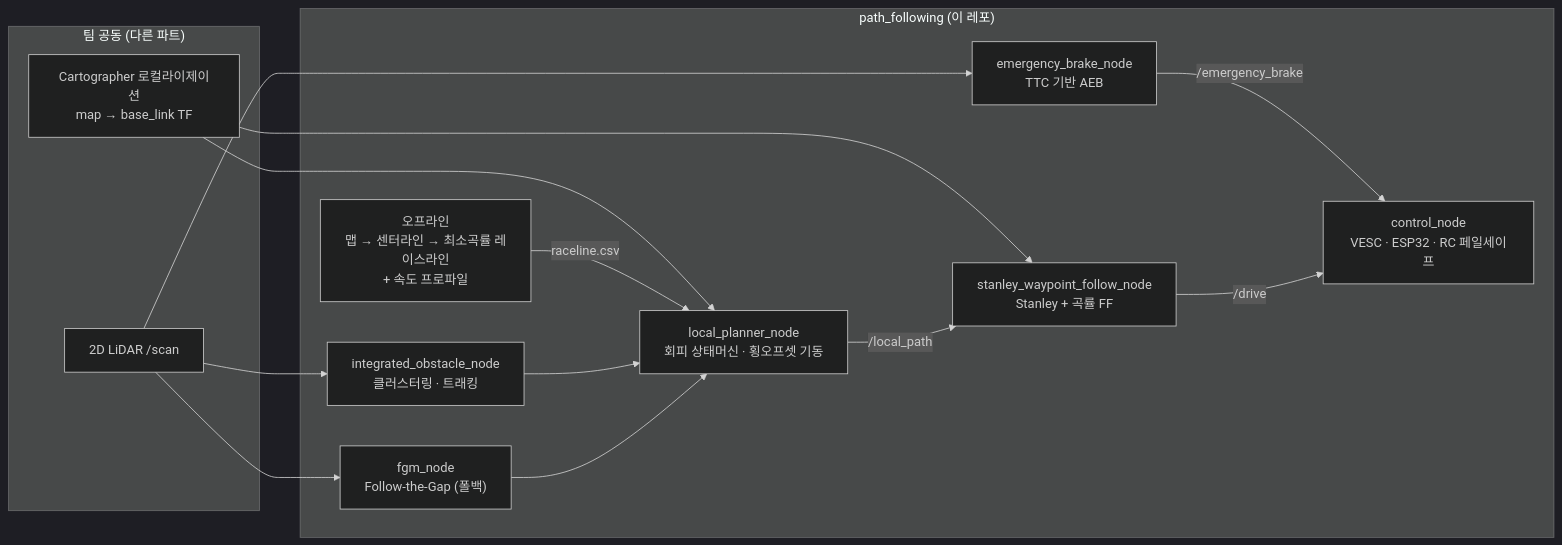
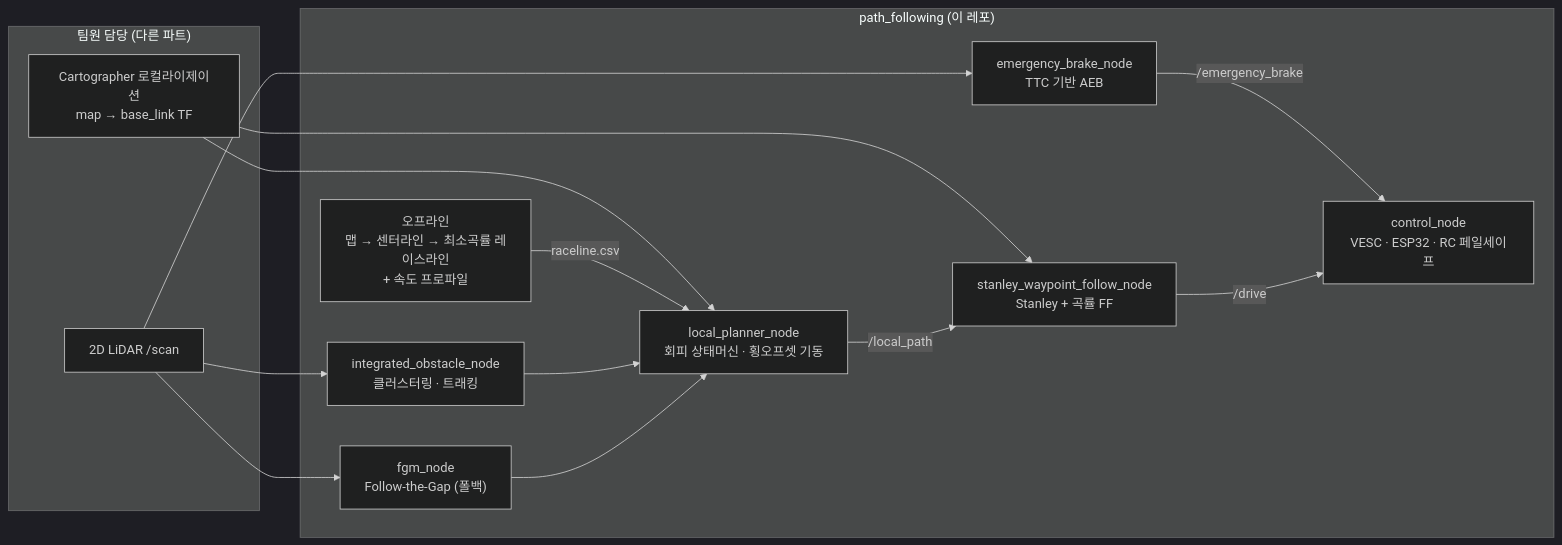
One commit to wowowowooon/Roboracer-2026 changed the diagram in README.md. Above: the diagram before and after it, drawn with Mermaid (dark theme). The commit also changed other lines of this file, not shown here.

````diff
--- a/README.md
+++ b/README.md
@@ -49,26 +49,26 @@
 ```mermaid
 flowchart LR
-    subgraph team["팀 공동 (다른 파트)"]
+    subgraph team["팀원 담당 (다른 파트)"]
         LIDAR["2D LiDAR /scan"]
         LOC["Cartographer 로컬라이제이션<br/>map → base_link TF"]
     end
 
     subgraph pf["path_following (이 레포)"]
         OFF["오프라인<br/>맵 → 센터라인 → 최소곡률 레이스라인<br/>+ 속도 프로파일"]
         OBS["integrated_obstacle_node<br/>클러스터링 · 트래킹"]
         FGM["fgm_node<br/>Follow-the-Gap (폴백)"]
         LP["local_planner_node<br/>회피 상태머신 · 횡오프셋 기동"]
         AEB["emergency_brake_node<br/>TTC 기반 AEB"]
         ST["stanley_waypoint_follow_node<br/>Stanley + 곡률 FF"]
         CTL["control_node<br/>VESC · ESP32 · RC 페일세이프"]
     end
 
     LIDAR --> OBS & FGM & AEB
     LOC --> LP & ST
     OFF -->|raceline.csv| LP
     OBS --> LP
     FGM --> LP
     LP -->|/local_path| ST
     AEB -->|/emergency_brake| CTL
     ST -->|/drive| CTL
 ```
````
